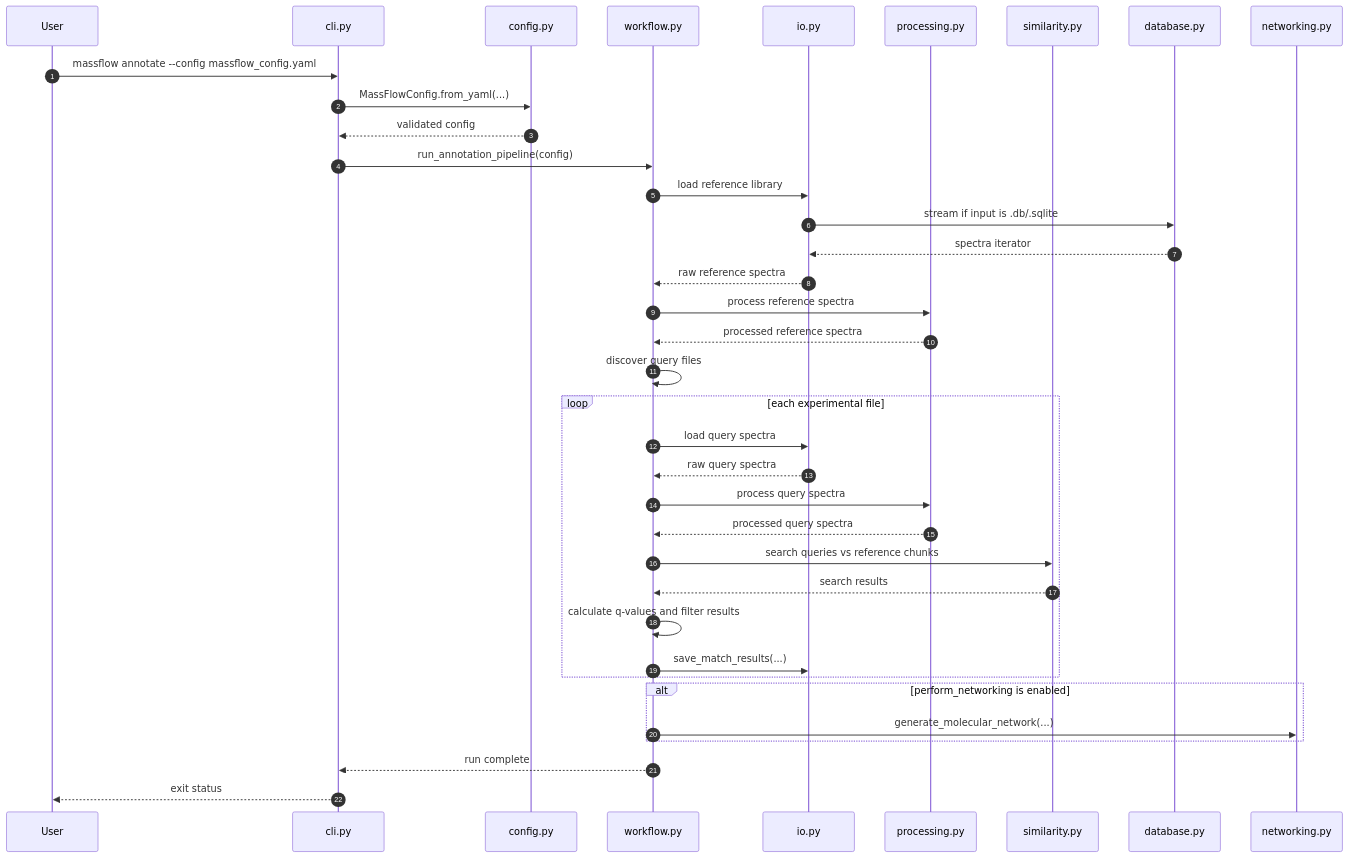
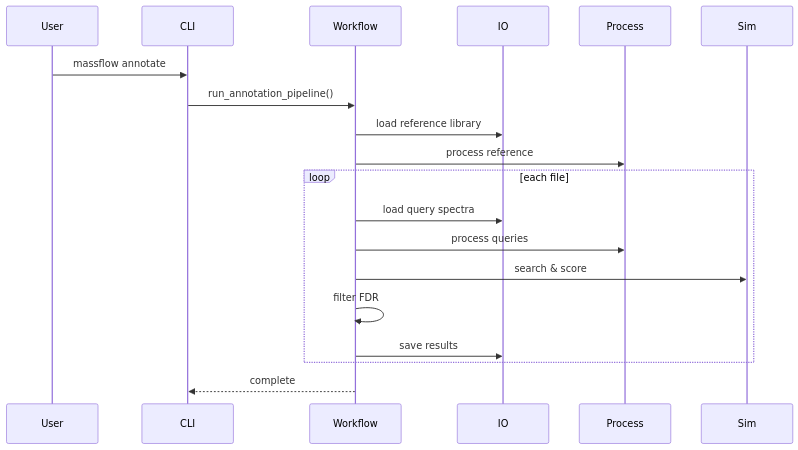
One commit to janusson/MassFlow changed the third of 3 diagrams in ARCHITECTURE.md. Above: the diagram before and after it, drawn with Mermaid. The commit also changed other lines of this file and 69 other files, not shown here.

````diff
--- a/ARCHITECTURE.md
+++ b/ARCHITECTURE.md
@@ -199,45 +208,22 @@
 ```mermaid
 sequenceDiagram
-    autonumber
     participant User
-    participant CLI as cli.py
-    participant Config as config.py
-    participant Workflow as workflow.py
-    participant IO as io.py
-    participant Process as processing.py
-    participant Sim as similarity.py
-    participant DB as database.py
-    participant Network as networking.py
+    participant CLI
+    participant Workflow
+    participant IO
+    participant Process
+    participant Sim
 
-    User->>CLI: massflow annotate --config massflow_config.yaml
-    CLI->>Config: MassFlowConfig.from_yaml(...)
-    Config-->>CLI: validated config
-    CLI->>Workflow: run_annotation_pipeline(config)
-
+    User->>CLI: massflow annotate
+    CLI->>Workflow: run_annotation_pipeline()
     Workflow->>IO: load reference library
-    IO->>DB: stream if input is .db/.sqlite
-    DB-->>IO: spectra iterator
-    IO-->>Workflow: raw reference spectra
-    Workflow->>Process: process reference spectra
-    Process-->>Workflow: processed reference spectra
-
-    Workflow->>Workflow: discover query files
-
-    loop each experimental file
+    Workflow->>Process: process reference
+    loop each file
         Workflow->>IO: load query spectra
-        IO-->>Workflow: raw query spectra
-        Workflow->>Process: process query spectra
-        Process-->>Workflow: processed query spectra
-        Workflow->>Sim: search queries vs reference chunks
-        Sim-->>Workflow: search results
-        Workflow->>Workflow: calculate q-values and filter results
-        Workflow->>IO: save_match_results(...)
+        Workflow->>Process: process queries
+        Workflow->>Sim: search & score
+        Workflow->>Workflow: filter FDR
+        Workflow->>IO: save results
     end
-
-    alt perform_networking is enabled
-        Workflow->>Network: generate_molecular_network(...)
-    end
-
-    Workflow-->>CLI: run complete
-    CLI-->>User: exit status
+    Workflow-->>CLI: complete
 ```
````
